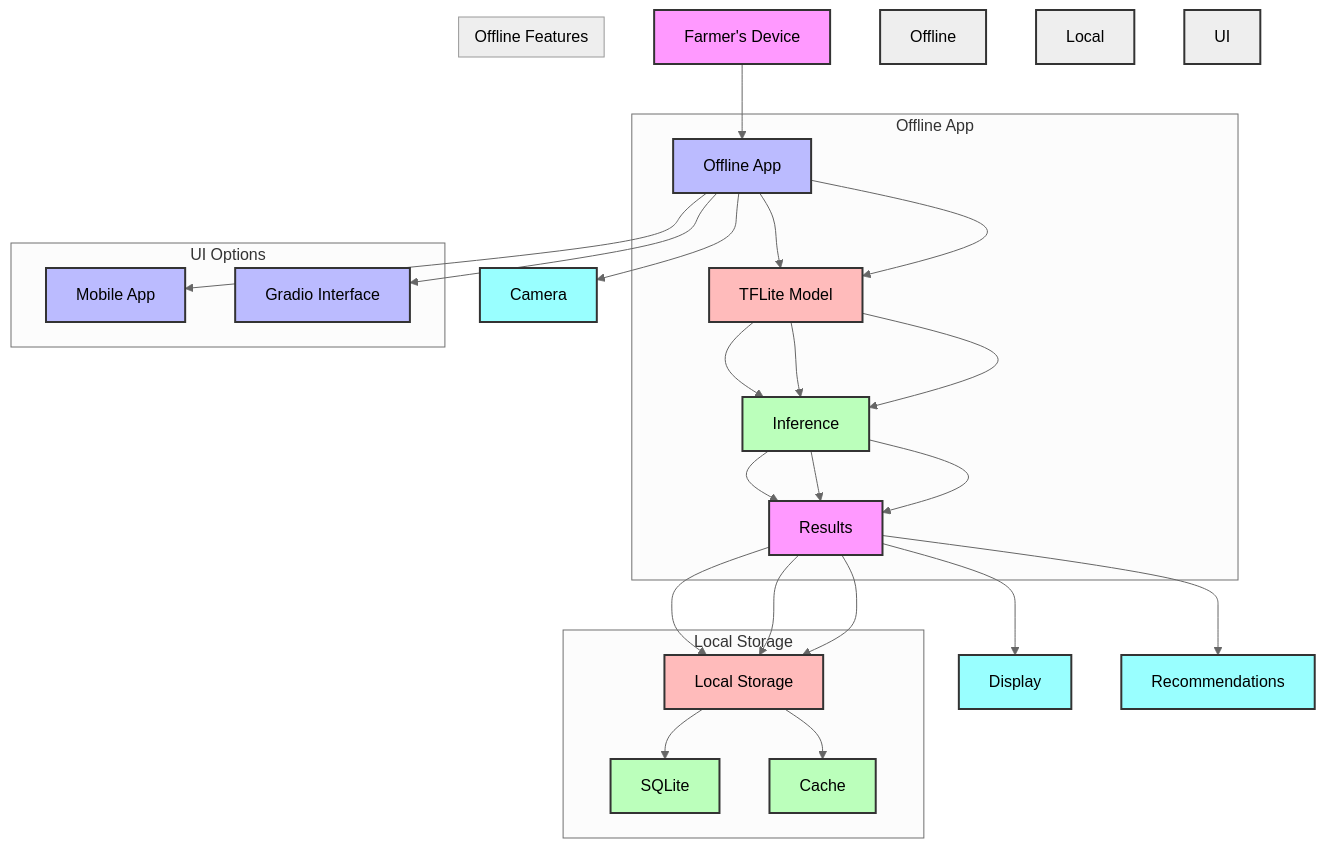
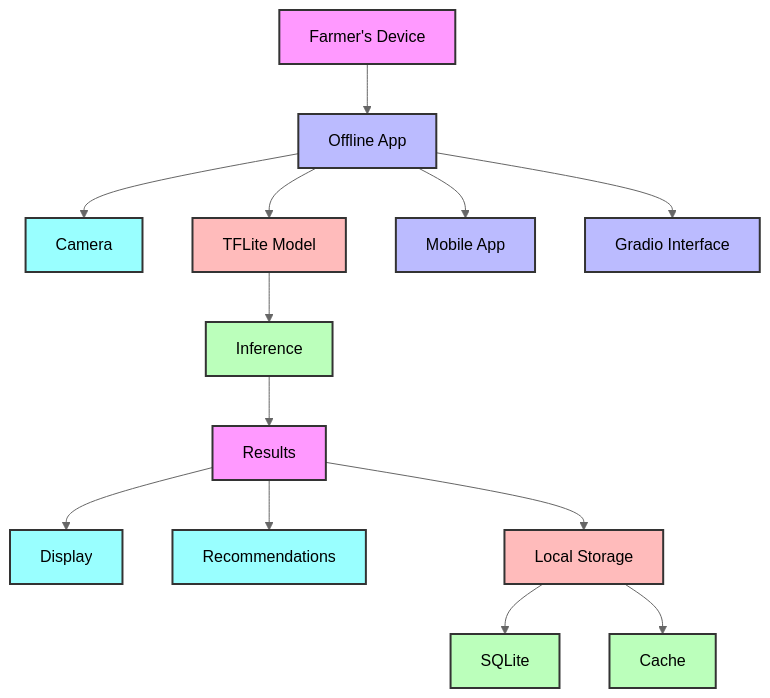
Before and after one commit to VIKAS9793/KrishiRakshak-2.0: the first of 4 diagrams in docs/ARCHITECTURE.md, drawn with Mermaid (neutral theme). The commit also changed other lines of this file, not shown here.

Commit message:
refactor: simplify and fix Mermaid diagrams in architecture documentation

````diff
--- a/docs/ARCHITECTURE.md
+++ b/docs/ARCHITECTURE.md
@@ -26,53 +26,30 @@
 ```mermaid
 graph TD
     A[Farmer's Device] --> B[Offline App]
     B --> C[Camera]
     B --> D[TFLite Model]
     D --> E[Inference]
     E --> F[Results]
     F --> G[Display]
     F --> H[Recommendations]
     F --> I[Local Storage]
+    
+    I --> J[SQLite]
+    I --> K[Cache]
+    B --> L[Mobile App]
+    B --> M[Gradio Interface]
 
     style A fill:#f9f,stroke:#333,stroke-width:2px
     style B fill:#bbf,stroke:#333,stroke-width:2px
     style C fill:#9ff,stroke:#333,stroke-width:2px
     style D fill:#fbb,stroke:#333,stroke-width:2px
     style E fill:#bfb,stroke:#333,stroke-width:2px
     style F fill:#f9f,stroke:#333,stroke-width:2px
     style G fill:#9ff,stroke:#333,stroke-width:2px
     style H fill:#9ff,stroke:#333,stroke-width:2px
     style I fill:#fbb,stroke:#333,stroke-width:2px
     style J fill:#bfb,stroke:#333,stroke-width:2px
     style K fill:#bfb,stroke:#333,stroke-width:2px
     style L fill:#bbf,stroke:#333,stroke-width:2px
     style M fill:#bbf,stroke:#333,stroke-width:2px
-
-    subgraph Offline App
-    B --> D
-    D --> E
-    E --> F
-    end
-
-    subgraph Local Storage
-    F --> I
-    I --> J[SQLite]
-    I --> K[Cache]
-    end
-
-    subgraph UI Options
-    B --> L[Mobile App]
-    B --> M[Gradio Interface]
-    end
-
-    subgraph Offline Features
-    D --> E
-    E --> F
-    F --> I
-    end
-
-    style Offline App fill:#fbb,stroke:#333,stroke-width:2px
-    style Local Storage fill:#bfb,stroke:#333,stroke-width:2px
-    style UI Options fill:#bbf,stroke:#333,stroke-width:2px
-    style Offline Features fill:#fbb,stroke:#333,stroke-width:2px
 ```
````
